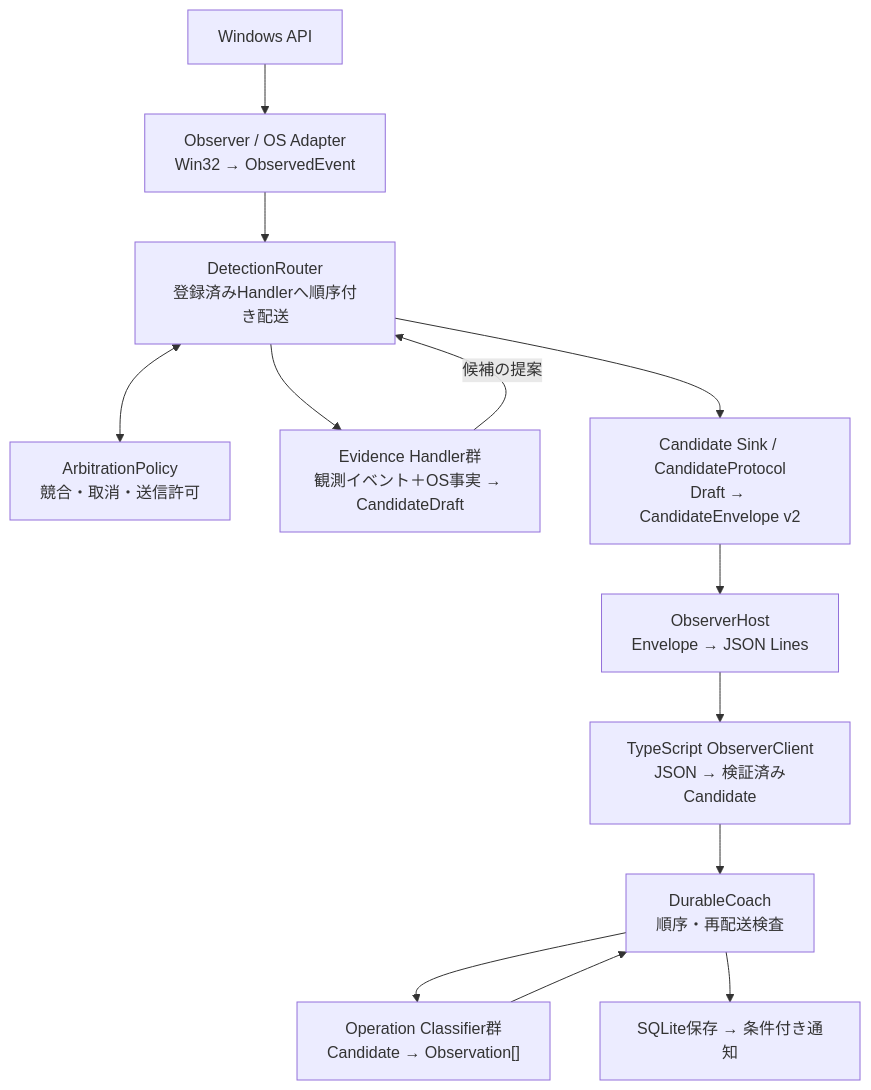
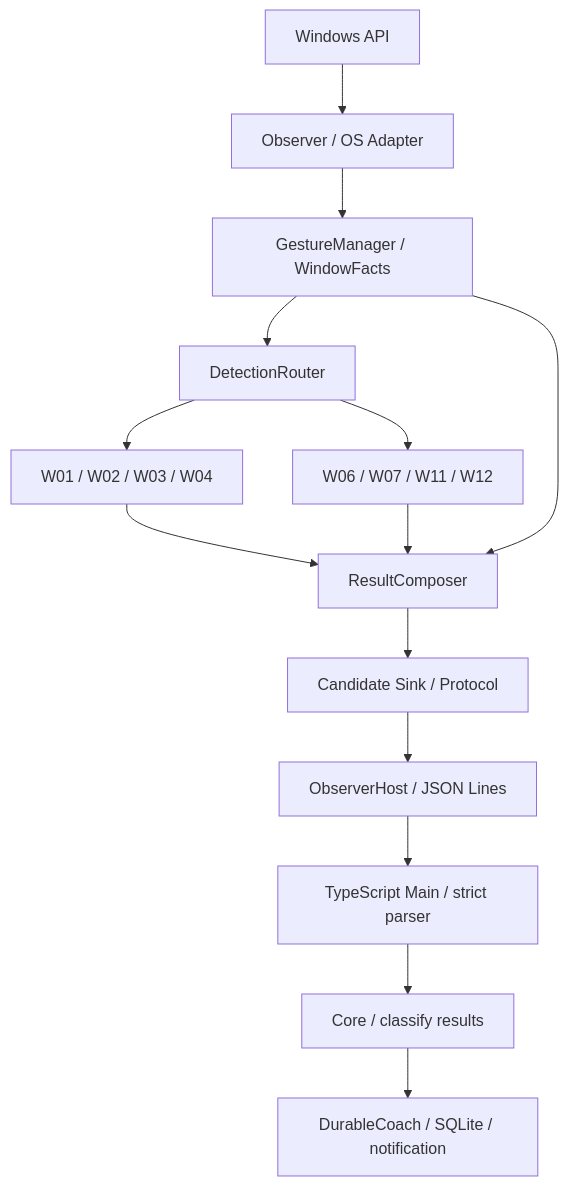
Before and after one commit to YutoMatsui21/shortcut-expert: the diagram in docs/research/detection-architecture/target.md, drawn with Mermaid. The commit also changed other lines of this file and 1 other file, not shown here.

````diff
--- a/docs/research/detection-architecture/target.md
+++ b/docs/research/detection-architecture/target.md
@@ -9,19 +17,16 @@
 ```mermaid
 flowchart TD
-    OS["Windows API"]
-    OBS["Observer / OS Adapter<br/>Win32 → ObservedEvent"]
-    ROUTER["DetectionRouter<br/>登録済みHandlerへ順序付き配送"]
-    POLICY["ArbitrationPolicy<br/>競合・取消・送信許可"]
-    H["Evidence Handler群<br/>観測イベント＋OS事実 → CandidateDraft"]
-    SINK["Candidate Sink / CandidateProtocol<br/>Draft → CandidateEnvelope v2"]
-    HOST["ObserverHost<br/>Envelope → JSON Lines"]
-    PARSE["TypeScript ObserverClient<br/>JSON → 検証済みCandidate"]
-    DUR["DurableCoach<br/>順序・再配送検査"]
-    CLASS["Operation Classifier群<br/>Candidate → Observation[]"]
-    STORE["SQLite保存 → 条件付き通知"]
-    OS --> OBS --> ROUTER
-    ROUTER <--> POLICY
-    ROUTER --> H -->|"候補の提案"| ROUTER
-    ROUTER --> SINK --> HOST --> PARSE --> DUR --> CLASS
-    CLASS --> DUR --> STORE
+    OS[Windows API] --> OBS[Observer / OS Adapter]
+    OBS --> GEST[GestureManager / WindowFacts]
+    GEST --> ROUTER[DetectionRouter]
+    ROUTER --> D1[W01 / W02 / W03 / W04]
+    ROUTER --> D2[W06 / W07 / W11 / W12]
+    D1 --> COMP[ResultComposer]
+    D2 --> COMP
+    GEST --> COMP
+    COMP --> SINK[Candidate Sink / Protocol]
+    SINK --> HOST[ObserverHost / JSON Lines]
+    HOST --> MAIN[TypeScript Main / strict parser]
+    MAIN --> CLASS[Core / classify results]
+    CLASS --> STORE[DurableCoach / SQLite / notification]
 ```
````
